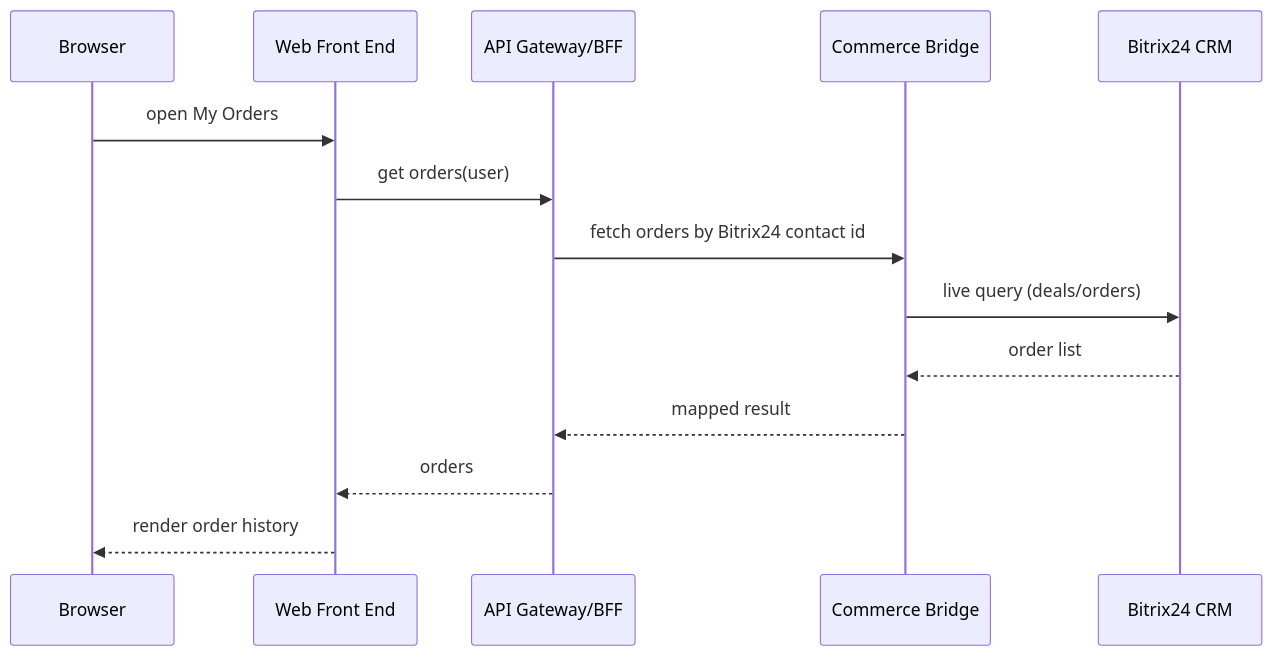
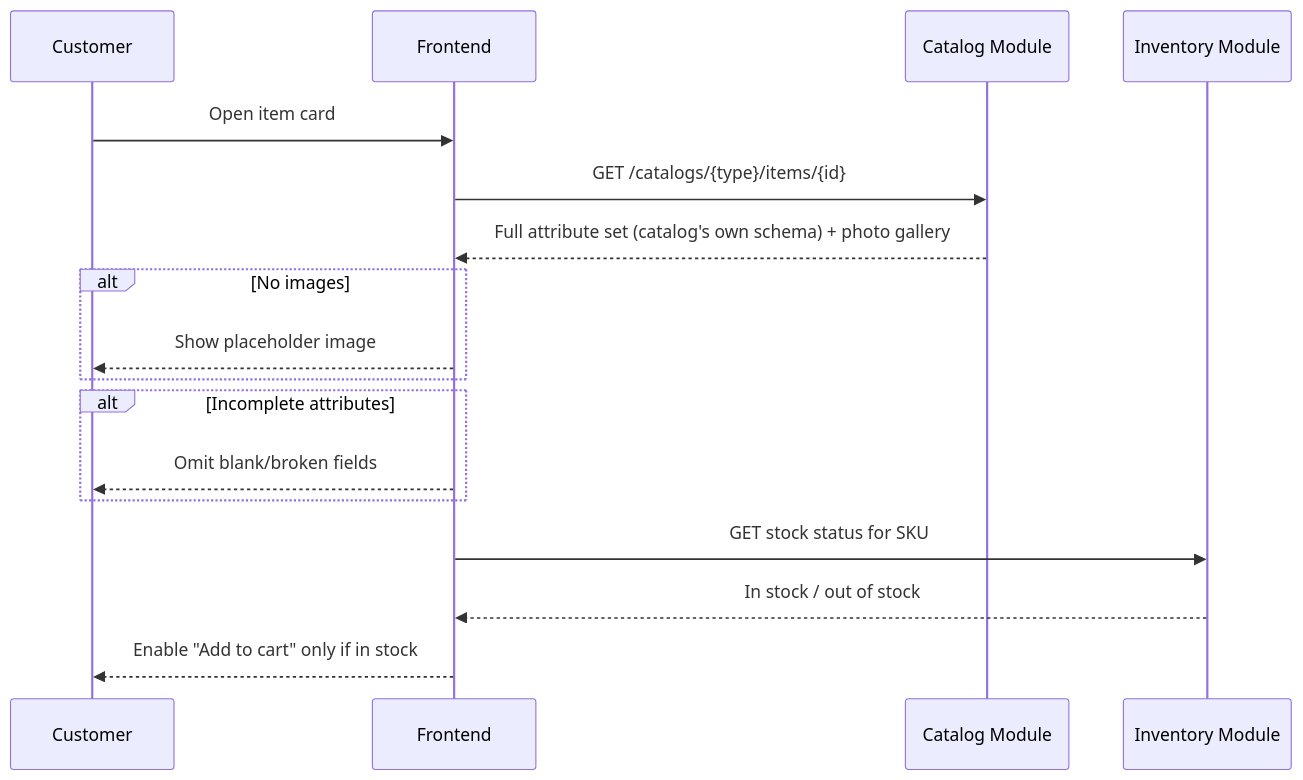
The eighth of 10 diagrams in projects/rumica-starter/working/architecture-specification.md (DzmitryKamashkaInt/business_analysys_pipeline), drawn with Mermaid before and after one commit. The commit also changed other lines of this file, not shown here.

Commit message:
rumica-starter: rework architecture specification for custom backend + payment orchestration layer

````diff
--- a/projects/rumica-starter/working/architecture-specification.md
+++ b/projects/rumica-starter/working/architecture-specification.md
@@ -166,17 +248,20 @@
 ```mermaid
 sequenceDiagram
-    participant Browser
-    participant FE as Web Front End
-    participant GW as API Gateway/BFF
-    participant COMM as Commerce Bridge
-    participant BX as Bitrix24 CRM
+    participant U as Customer
+    participant FE as Frontend
+    participant Cat as Catalog Module
+    participant Inv as Inventory Module
 
-    Browser->>FE: open My Orders
-    FE->>GW: get orders(user)
-    GW->>COMM: fetch orders by Bitrix24 contact id
-    COMM->>BX: live query (deals/orders)
-    BX-->>COMM: order list
-    COMM-->>GW: mapped result
-    GW-->>FE: orders
-    FE-->>Browser: render order history
+    U->>FE: Open item card
+    FE->>Cat: GET /catalogs/{type}/items/{id}
+    Cat-->>FE: Full attribute set (catalog's own schema) + photo gallery
+    alt No images
+        FE-->>U: Show placeholder image
+    end
+    alt Incomplete attributes
+        FE-->>U: Omit blank/broken fields
+    end
+    FE->>Inv: GET stock status for SKU
+    Inv-->>FE: In stock / out of stock
+    FE-->>U: Enable "Add to cart" only if in stock
 ```
````
